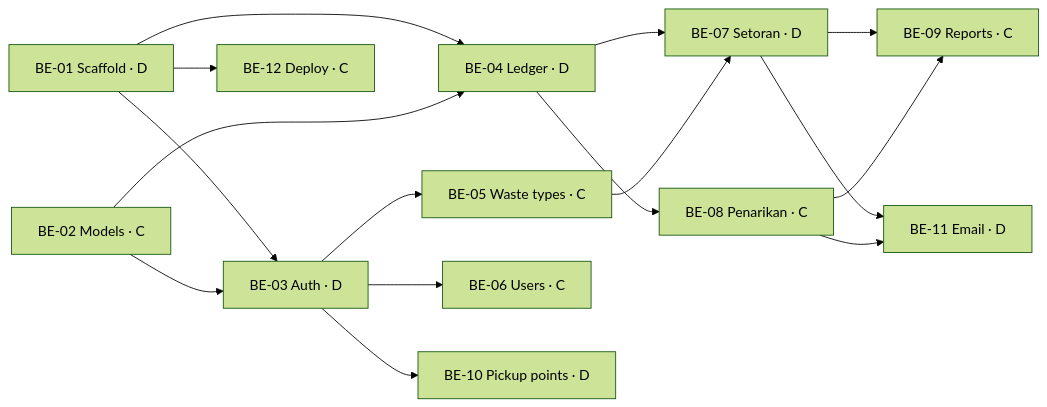
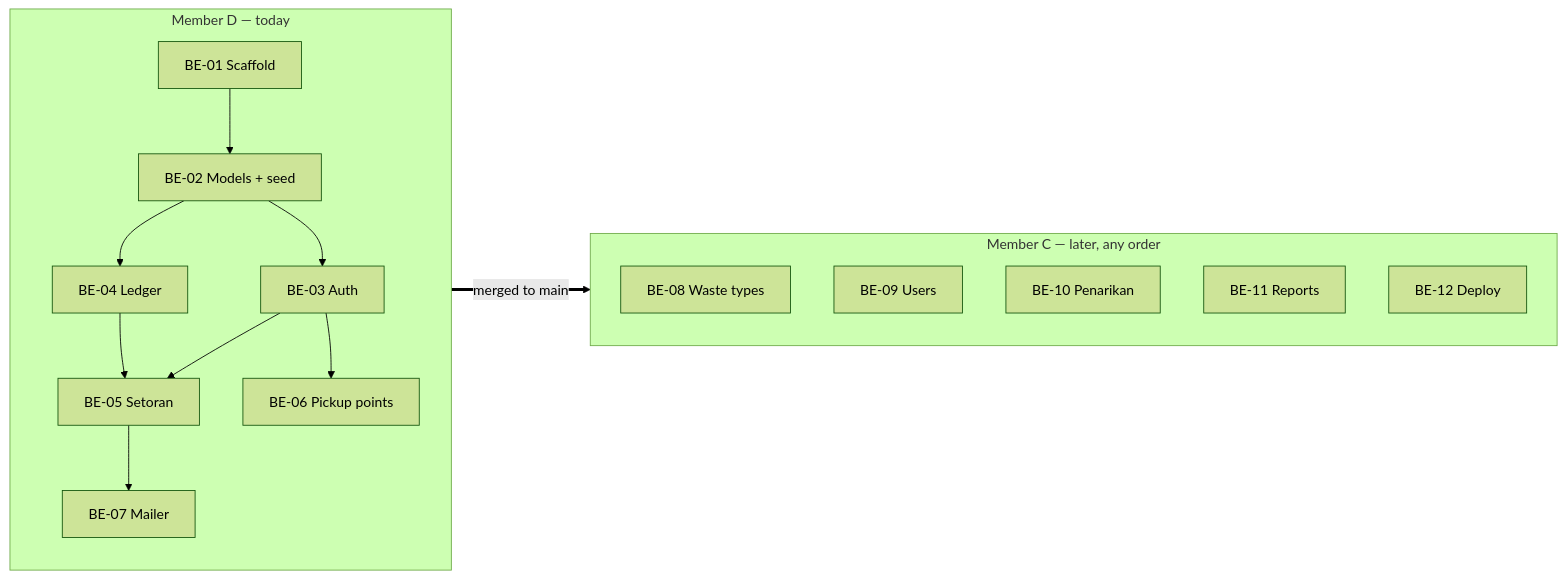
The diagram in docs/task-distribution.md (nael0407/US4-Bank-Sampah), drawn with Mermaid (forest theme) before and after one commit. The commit also changed other lines of this file, not shown here.

Commit message:
docs(tasks): make member d tasks independent in english doc

````diff
--- a/docs/task-distribution.md
+++ b/docs/task-distribution.md
@@ -27,18 +29,22 @@
 ```mermaid
 flowchart LR
-    BE01[BE-01 Scaffold · D] --> BE03[BE-03 Auth · D]
-    BE02[BE-02 Models · C] --> BE03
-    BE01 --> BE04[BE-04 Ledger · D]
-    BE02 --> BE04
-    BE03 --> BE05[BE-05 Waste types · C]
-    BE03 --> BE06[BE-06 Users · C]
-    BE04 --> BE07[BE-07 Setoran · D]
-    BE05 --> BE07
-    BE04 --> BE08[BE-08 Penarikan · C]
-    BE07 --> BE09[BE-09 Reports · C]
-    BE08 --> BE09
-    BE03 --> BE10[BE-10 Pickup points · D]
-    BE07 --> BE11[BE-11 Email · D]
-    BE08 --> BE11
-    BE01 --> BE12[BE-12 Deploy · C]
+    subgraph D["Member D — today"]
+        BE01[BE-01 Scaffold] --> BE02[BE-02 Models + seed]
+        BE02 --> BE03[BE-03 Auth]
+        BE02 --> BE04[BE-04 Ledger]
+        BE03 --> BE05[BE-05 Setoran]
+        BE04 --> BE05
+        BE03 --> BE06[BE-06 Pickup points]
+        BE05 --> BE07[BE-07 Mailer]
+    end
+
+    subgraph C["Member C — later, any order"]
+        BE08[BE-08 Waste types]
+        BE09[BE-09 Users]
+        BE10[BE-10 Penarikan]
+        BE11[BE-11 Reports]
+        BE12[BE-12 Deploy]
+    end
+
+    D ==>|merged to main| C
 ```
````
